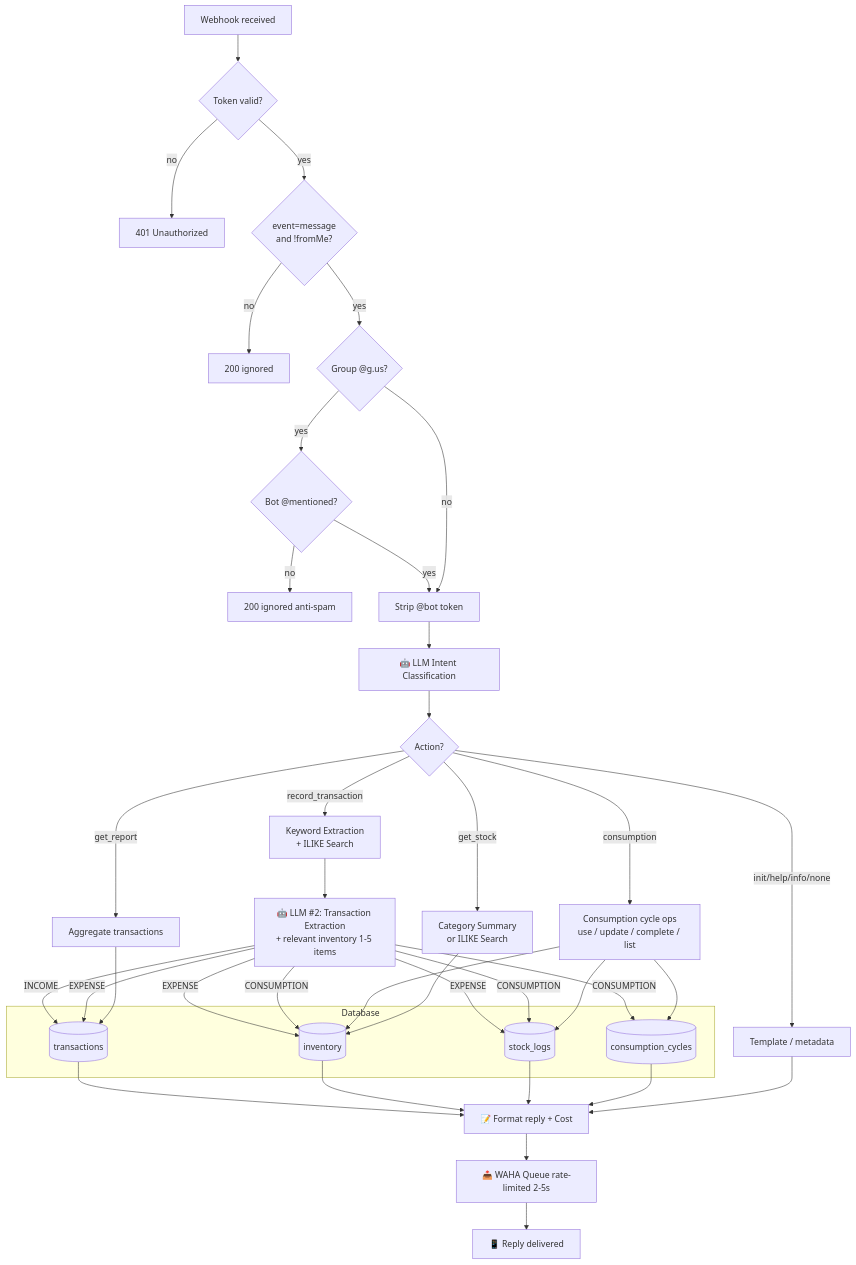
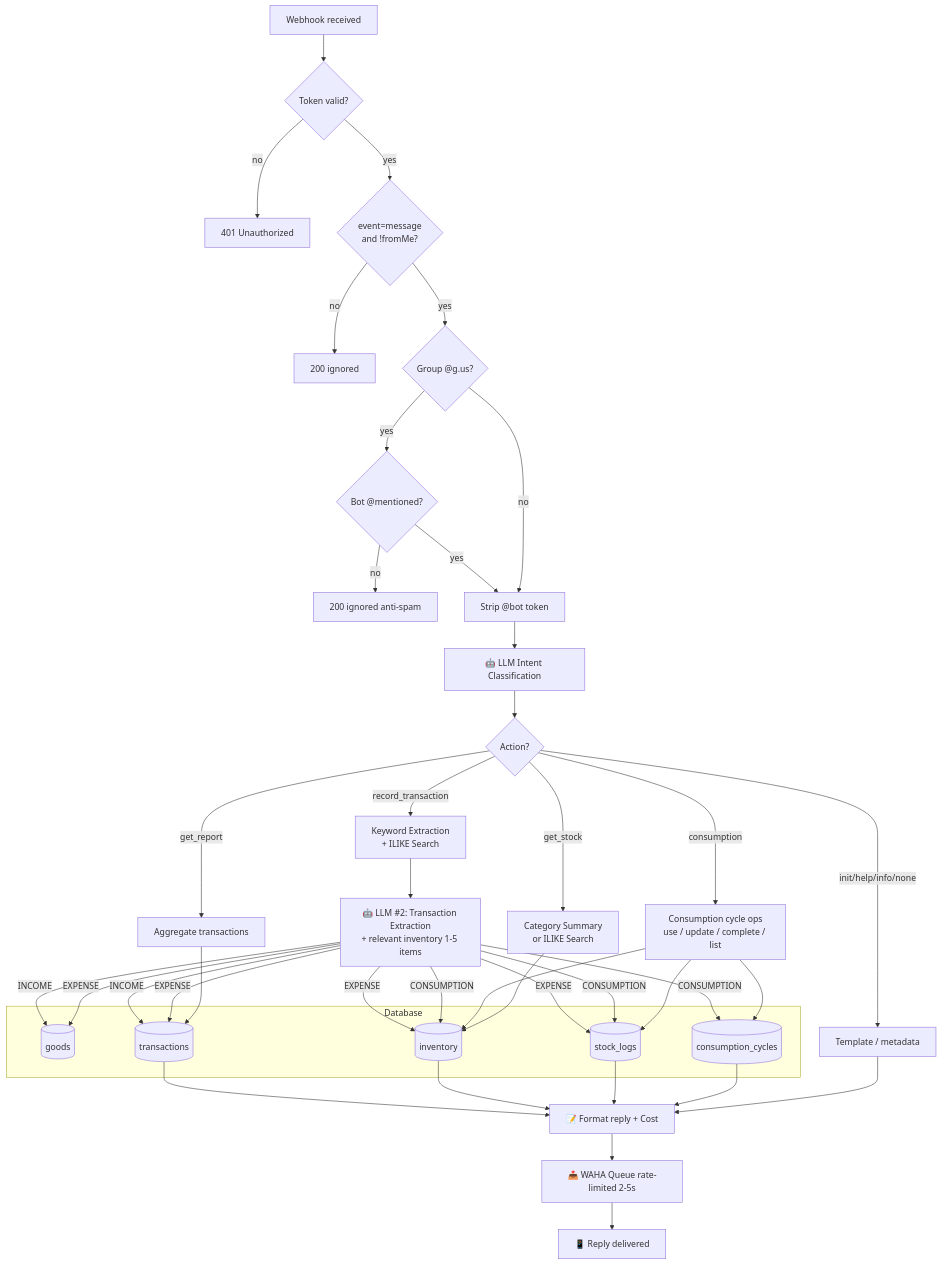
Before and after one commit to skyapps-id/smart-ledger-agent: the third of 4 diagrams in README.md, drawn with Mermaid. The commit also changed other lines of this file and 11 other files, not shown here.

First line of the commit message:
Scope goods master per chat; document schema in README

````diff
--- a/README.md
+++ b/README.md
@@ -125,43 +125,44 @@
 ```mermaid
 flowchart TD
     A[Webhook received] --> B{Token valid?}
     B -- no --> X1[401 Unauthorized]
     B -- yes --> C{event=message<br/>and !fromMe?}
     C -- no --> X2[200 ignored]
     C -- yes --> D{Group @g.us?}
     D -- yes --> E{Bot @mentioned?}
     E -- no --> X3[200 ignored anti-spam]
     E -- yes --> F[Strip @bot token]
     D -- no --> F
 
     F --> G[🤖 LLM Intent Classification]
     G --> H{Action?}
 
     H -- record_transaction --> I1[Keyword Extraction<br/>+ ILIKE Search]
     
     I1 --> J[🤖 LLM #2: Transaction Extraction<br/>+ relevant inventory 1-5 items]
 
     subgraph DB[Database]
+        DB0[(goods)]
         DB1[(transactions)]
         DB2[(inventory)]
         DB3[(stock_logs)]
         DB4[(consumption_cycles)]
     end
 
-    J -- INCOME --> DB1
-    J -- EXPENSE --> DB1 & DB2 & DB3
+    J -- INCOME --> DB0 & DB1
+    J -- EXPENSE --> DB0 & DB1 & DB2 & DB3
     J -- CONSUMPTION --> DB2 & DB3 & DB4
 
     H -- consumption --> I2[Consumption cycle ops<br/>use / update / complete / list]
     I2 --> DB4 & DB2 & DB3
 
     H -- get_stock --> I3[Category Summary<br/>or ILIKE Search]
     I3 --> DB2
     H -- get_report --> I4[Aggregate transactions]
     I4 --> DB1
     H -- init/help/info/none --> I5[Template / metadata]
 
     DB1 & DB2 & DB3 & DB4 & I5 --> R
     R[📝 Format reply + Cost] --> S[📤 WAHA Queue rate-limited 2-5s]
     S --> T[📱 Reply delivered]
 ```
````
